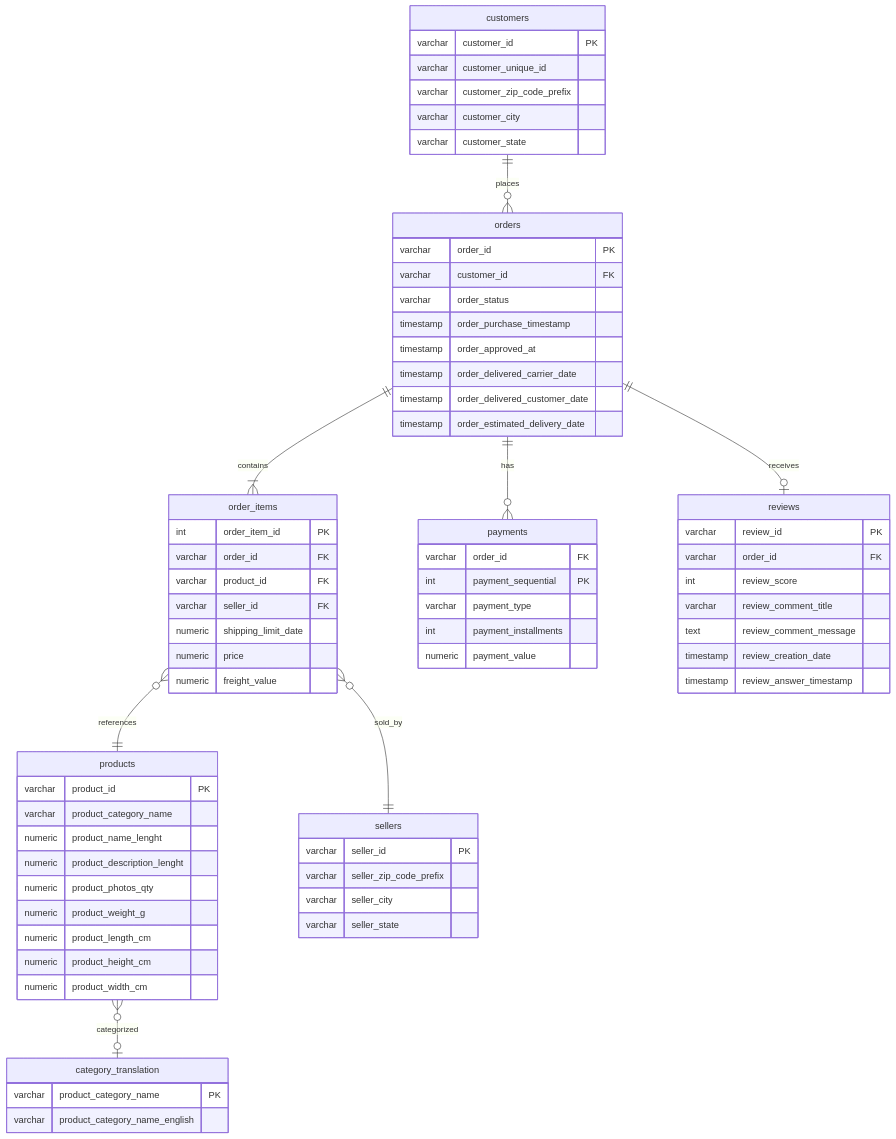
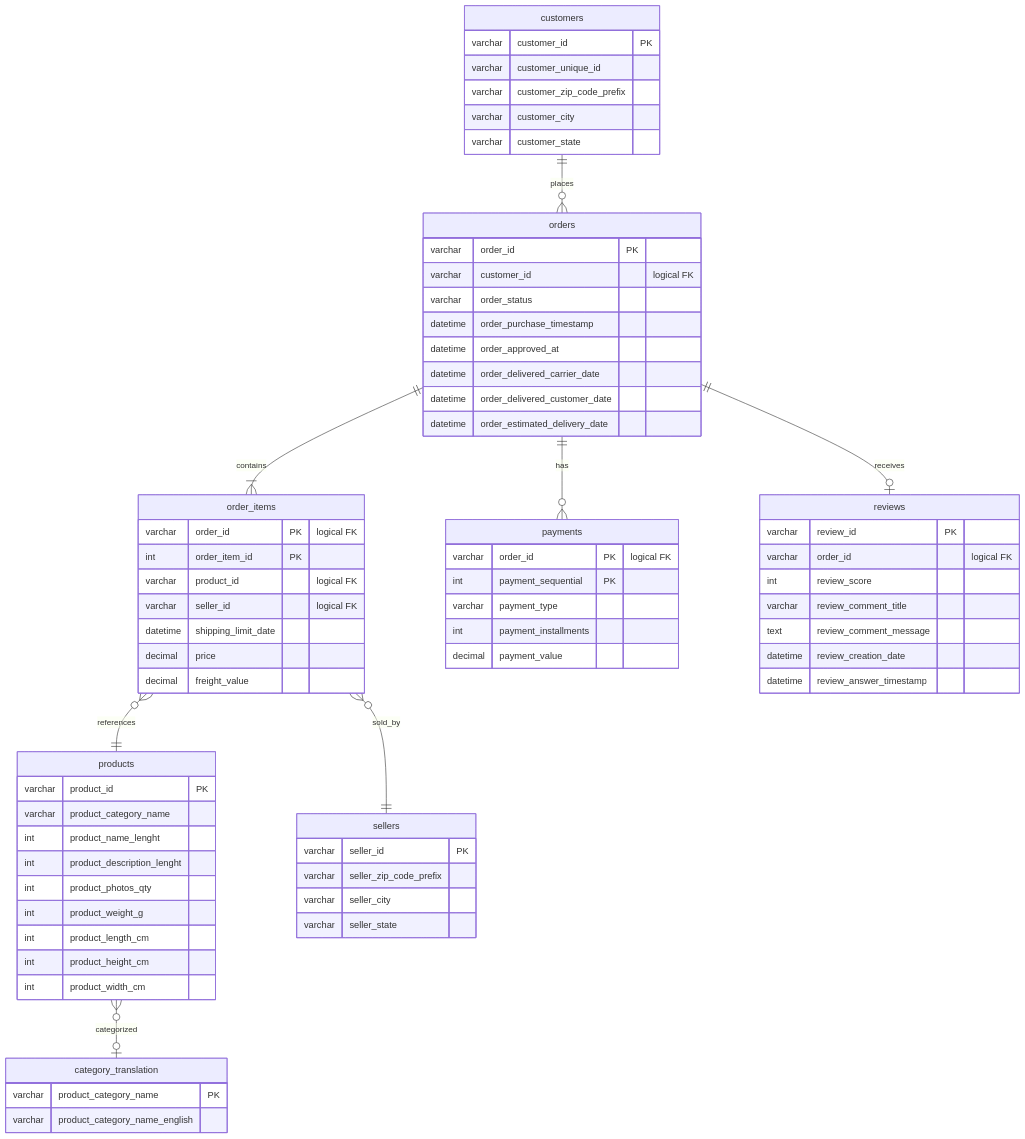
One commit to archdsp/AI_Commerce_Operation_Platform changed the first of 2 diagrams in docs/ERD.md. Above: the diagram before and after it, drawn with Mermaid. The commit also changed other lines of this file and 9 other files, not shown here.

````diff
--- a/docs/ERD.md
+++ b/docs/ERD.md
@@ -30,81 +35,81 @@
 ```mermaid
 erDiagram
     customers ||--o{ orders : places
     orders ||--|{ order_items : contains
     orders ||--o{ payments : has
     orders ||--o| reviews : receives
     order_items }o--|| products : references
     order_items }o--|| sellers : sold_by
     products }o--o| category_translation : categorized
 
     customers {
         varchar customer_id PK
         varchar customer_unique_id
         varchar customer_zip_code_prefix
         varchar customer_city
         varchar customer_state
     }
 
     orders {
         varchar order_id PK
-        varchar customer_id FK
+        varchar customer_id "logical FK"
         varchar order_status
-        timestamp order_purchase_timestamp
-        timestamp order_approved_at
-        timestamp order_delivered_carrier_date
-        timestamp order_delivered_customer_date
-        timestamp order_estimated_delivery_date
+        datetime order_purchase_timestamp
+        datetime order_approved_at
+        datetime order_delivered_carrier_date
+        datetime order_delivered_customer_date
+        datetime order_estimated_delivery_date
     }
 
     order_items {
+        varchar order_id PK "logical FK"
         int order_item_id PK
-        varchar order_id FK
-        varchar product_id FK
-        varchar seller_id FK
-        numeric shipping_limit_date
-        numeric price
-        numeric freight_value
+        varchar product_id "logical FK"
+        varchar seller_id "logical FK"
+        datetime shipping_limit_date
+        decimal price
+        decimal freight_value
     }
 
     products {
         varchar product_id PK
         varchar product_category_name
-        numeric product_name_lenght
-        numeric product_description_lenght
-        numeric product_photos_qty
-        numeric product_weight_g
-        numeric product_length_cm
-        numeric product_height_cm
-        numeric product_width_cm
+        int product_name_lenght
+        int product_description_lenght
+        int product_photos_qty
+        int product_weight_g
+        int product_length_cm
+        int product_height_cm
+        int product_width_cm
     }
 
     reviews {
         varchar review_id PK
-        varchar order_id FK
+        varchar order_id "logical FK"
         int review_score
         varchar review_comment_title
         text review_comment_message
-        timestamp review_creation_date
-        timestamp review_answer_timestamp
+        datetime review_creation_date
+        datetime review_answer_timestamp
     }
 
     payments {
-        varchar order_id FK
+        varchar order_id PK "logical FK"
         int payment_sequential PK
         varchar payment_type
         int payment_installments
-        numeric payment_value
+        decimal payment_value
     }
 
     sellers {
         varchar seller_id PK
         varchar seller_zip_code_prefix
         varchar seller_city
         varchar seller_state
     }
 
     category_translation {
         varchar product_category_name PK
         varchar product_category_name_english
     }
 ```
````
